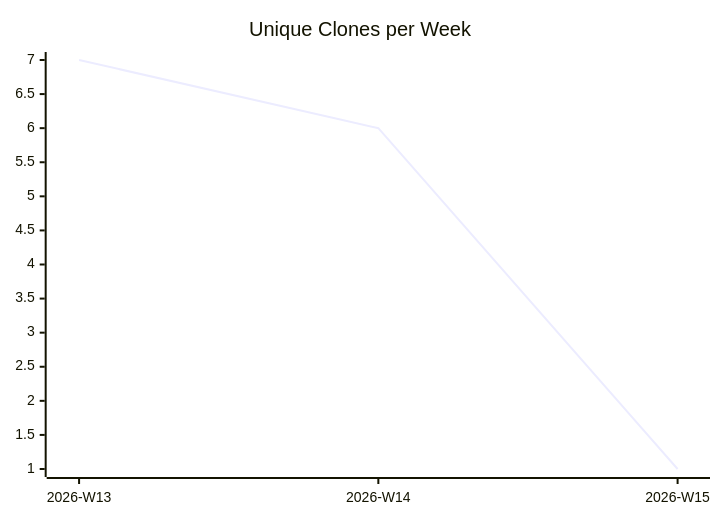
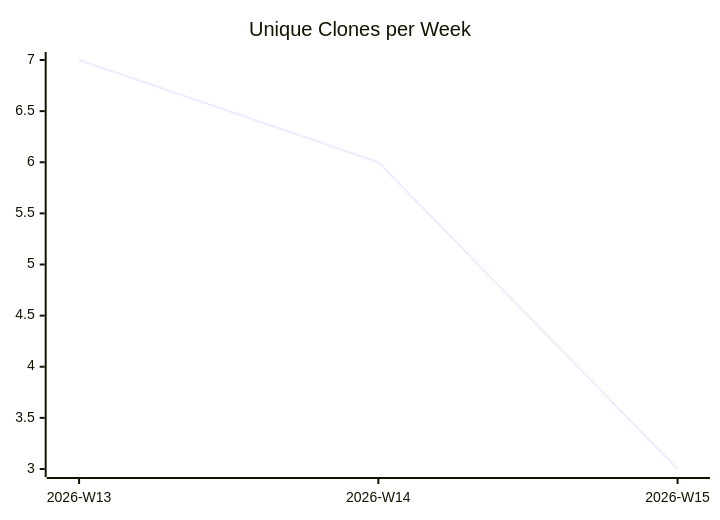
One commit to justdavis-family/github-analytics-data changed the third of 3 diagrams in karlmdavis/lego-ev3dev-rs/README.md. Above: the diagram before and after it, drawn with Mermaid. The commit also changed other lines of this file and 191 other files, not shown here.

````diff
--- a/karlmdavis/lego-ev3dev-rs/README.md
+++ b/karlmdavis/lego-ev3dev-rs/README.md
@@ -19,6 +19,6 @@
 ```mermaid
 xychart-beta
   title "Unique Clones per Week"
   x-axis ["2026-W13", "2026-W14", "2026-W15"]
-  line [7, 6, 1]
+  line [7, 6, 3]
 ```
````
